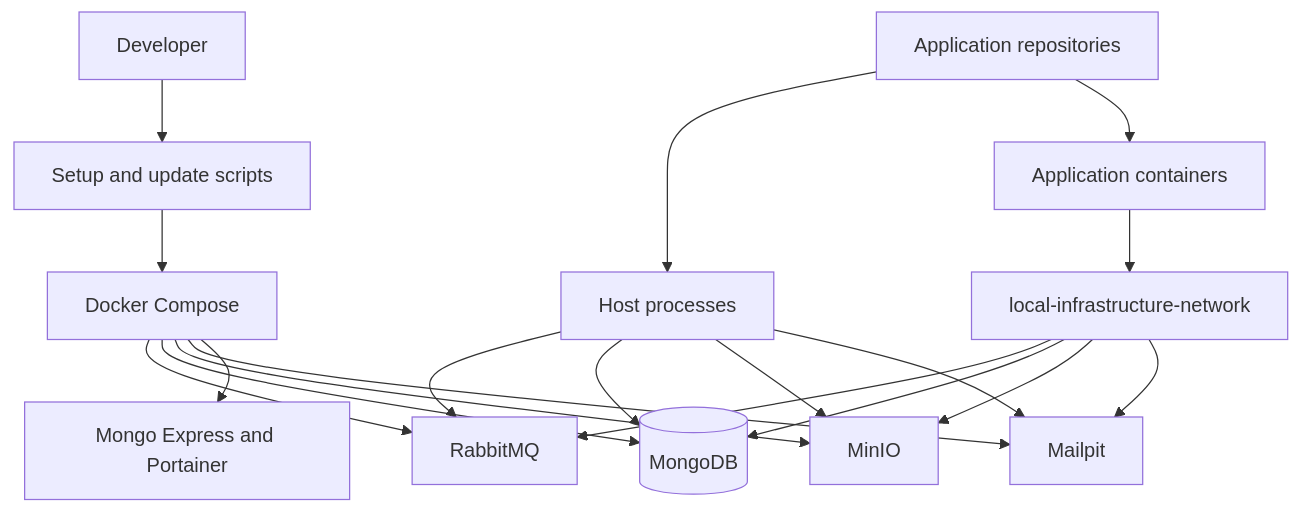
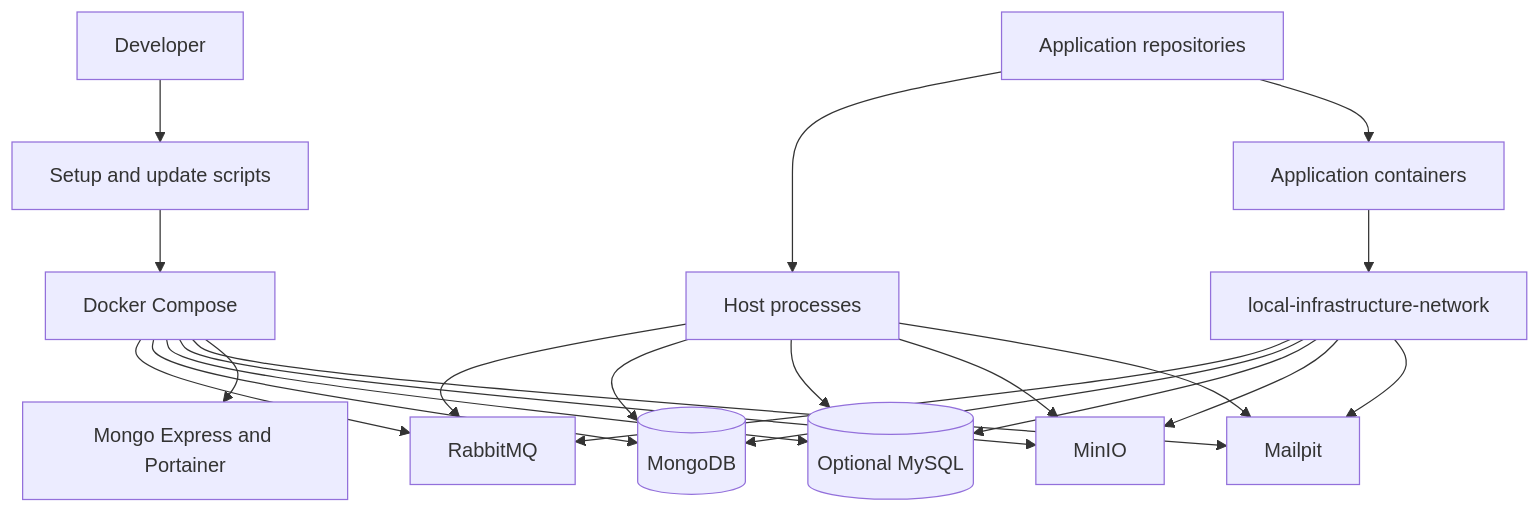
The diagram in README.en.md (AlexZuniga10/local_infrastructure), drawn with Mermaid before and after one commit. The commit also changed other lines of this file and 6 other files, not shown here.

````diff
--- a/README.en.md
+++ b/README.en.md
@@ -222,21 +253,24 @@
 ```mermaid
 flowchart TD
     DEV[Developer] --> SETUP[Setup and update scripts]
     SETUP --> INFRA[Docker Compose]
     APPS[Application repositories] --> HOST[Host processes]
     APPS --> CONTAINERS[Application containers]
     INFRA --> MQ[RabbitMQ]
     INFRA --> DB[(MongoDB)]
+    INFRA --> SQL[(Optional MySQL)]
     INFRA --> STORAGE[MinIO]
     INFRA --> MAIL[Mailpit]
     INFRA --> TOOLS[Mongo Express and Portainer]
     HOST --> MQ
     HOST --> DB
+    HOST --> SQL
     HOST --> STORAGE
     HOST --> MAIL
     CONTAINERS --> NETWORK[local-infrastructure-network]
     NETWORK --> MQ
     NETWORK --> DB
+    NETWORK --> SQL
     NETWORK --> STORAGE
     NETWORK --> MAIL
 ```
````
